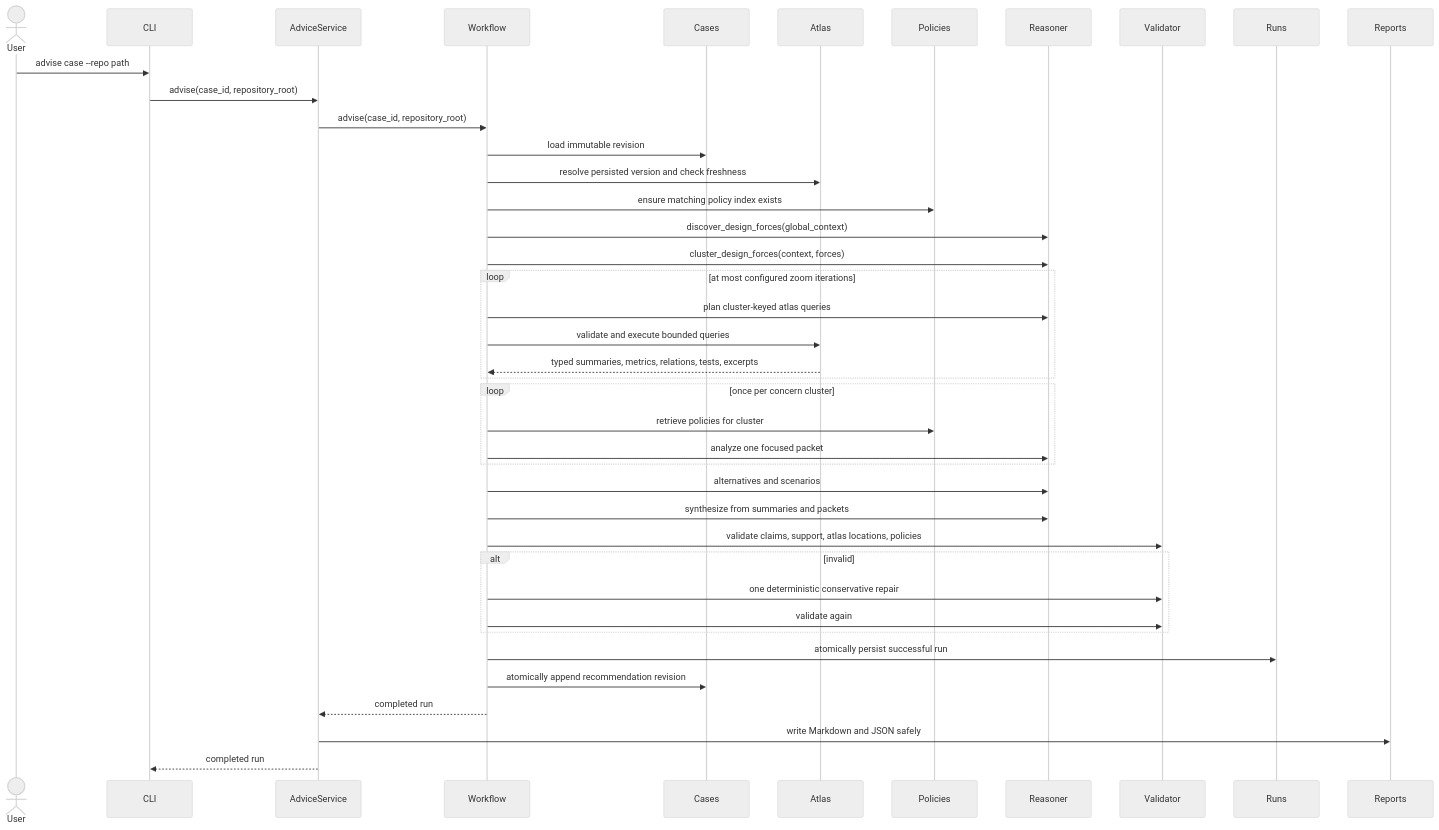
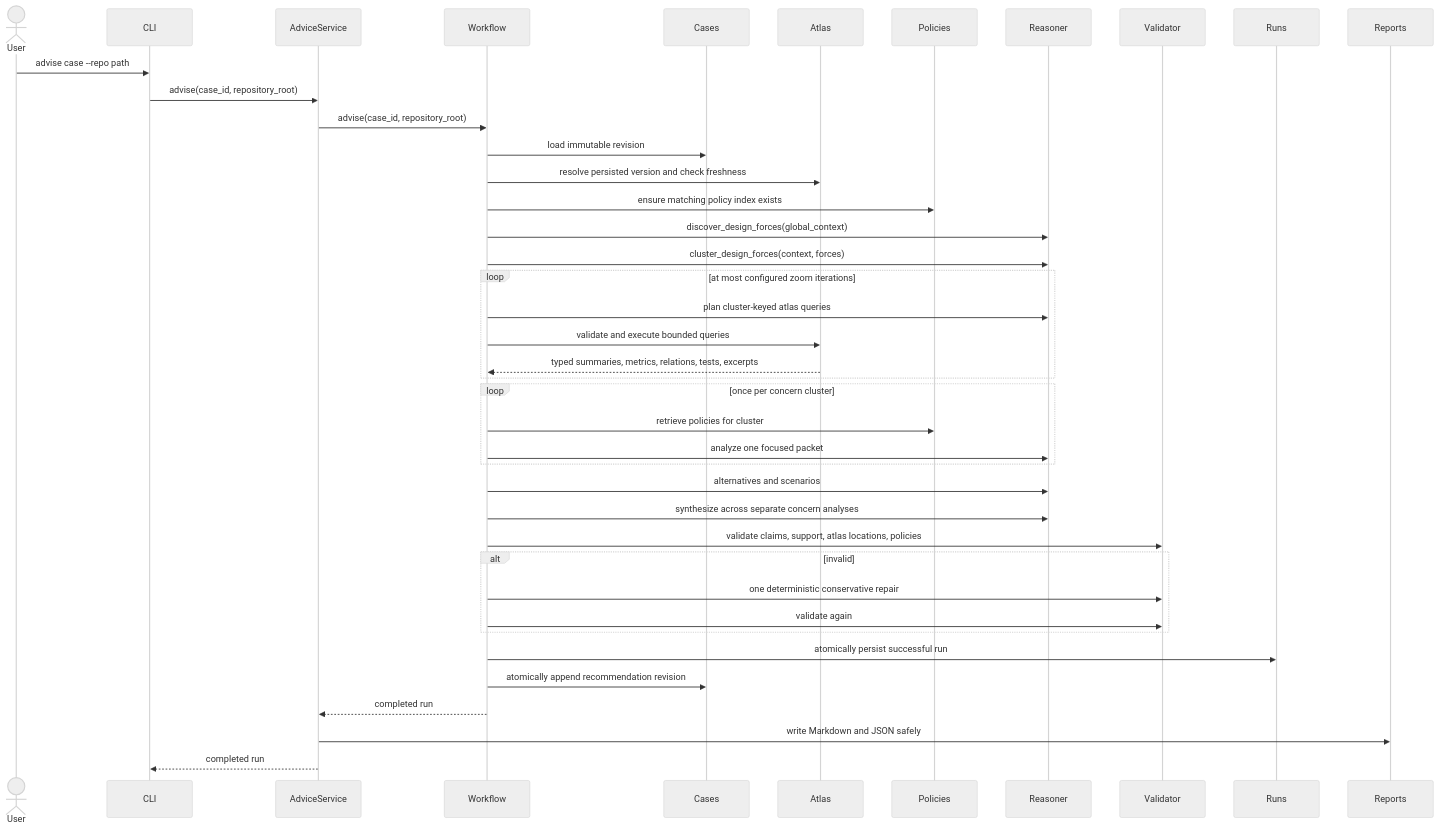
Before and after one commit to Furkan-rgb/arch_compass: the diagram in docs/advisory-workflow.md, drawn with Mermaid (neutral theme). The commit also changed other lines of this file and 165 other files, not shown here.

````diff
--- a/docs/advisory-workflow.md
+++ b/docs/advisory-workflow.md
@@ -8,44 +8,44 @@
 ```mermaid
 sequenceDiagram
     actor User
     participant CLI
     participant Advice as AdviceService
     participant Workflow
     participant Cases
     participant Atlas
     participant Policies
     participant Reasoner
     participant Validator
     participant Runs
     participant Reports
 
     User->>CLI: advise case --repo path
     CLI->>Advice: advise(case_id, repository_root)
     Advice->>Workflow: advise(case_id, repository_root)
     Workflow->>Cases: load immutable revision
     Workflow->>Atlas: resolve persisted version and check freshness
     Workflow->>Policies: ensure matching policy index exists
     Workflow->>Reasoner: discover_design_forces(global_context)
     Workflow->>Reasoner: cluster_design_forces(context, forces)
     loop at most configured zoom iterations
         Workflow->>Reasoner: plan cluster-keyed atlas queries
         Workflow->>Atlas: validate and execute bounded queries
         Atlas-->>Workflow: typed summaries, metrics, relations, tests, excerpts
     end
     loop once per concern cluster
         Workflow->>Policies: retrieve policies for cluster
         Workflow->>Reasoner: analyze one focused packet
     end
     Workflow->>Reasoner: alternatives and scenarios
-    Workflow->>Reasoner: synthesize from summaries and packets
+    Workflow->>Reasoner: synthesize across separate concern analyses
     Workflow->>Validator: validate claims, support, atlas locations, policies
     alt invalid
         Workflow->>Validator: one deterministic conservative repair
         Workflow->>Validator: validate again
     end
     Workflow->>Runs: atomically persist successful run
     Workflow->>Cases: atomically append recommendation revision
     Workflow-->>Advice: completed run
     Advice->>Reports: write Markdown and JSON safely
     Advice-->>CLI: completed run
 ```
````
